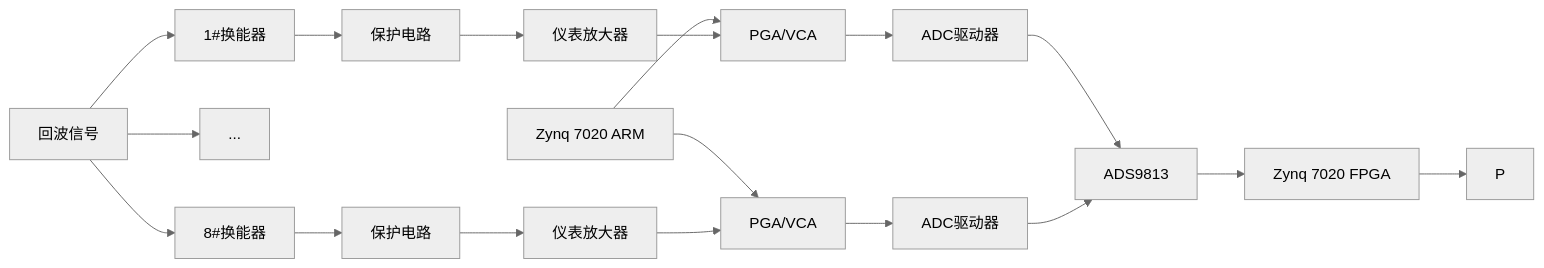
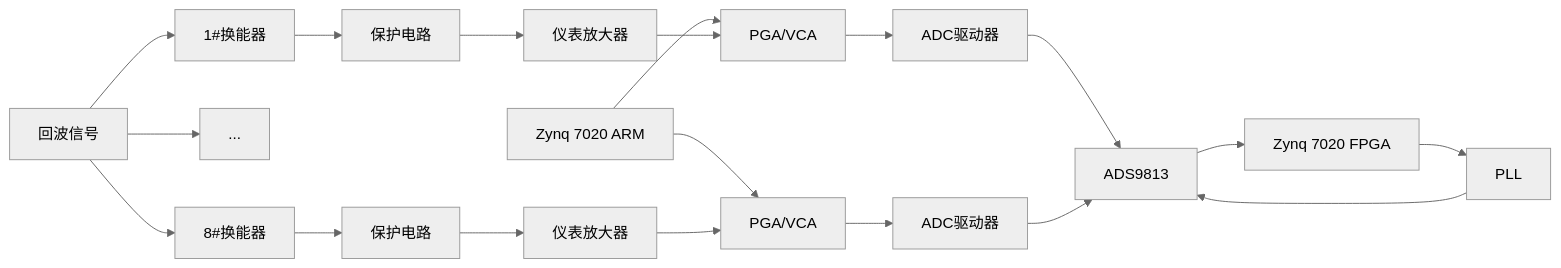
Before and after one commit to Rukawa15/iodraw-files: the diagram in all/同步采集.md, drawn with Mermaid (neutral theme).

Commit message:
2025-06-26 15:06:36 update

````diff
--- a/all/同步采集.md
+++ b/all/同步采集.md
@@ -1,27 +1,27 @@
 ```mermaid
 graph LR
 A[回波信号]
 A --> B1[1#换能器]
 A --> ...
 A --> B8[8#换能器]
 
 B1 --> C1[保护电路]
 B8 --> C8[保护电路]
 
 C1 --> D1[仪表放大器]
 C8 --> D8[仪表放大器]
 
 I[Zynq 7020 ARM] --> E1
 I[Zynq 7020 ARM] --> E8
 
 D1 --> E1[PGA/VCA]
 D8 --> E8[PGA/VCA]
 
 E1 --> F1[ADC驱动器]
 E8 --> F8[ADC驱动器]
 
 F1 --> G[ADS9813]
 F8 --> G[ADS9813]
 
-G --> H[Zynq 7020 FPGA] --> J[P]
+G --> H[Zynq 7020 FPGA] --> J[PLL] --> G
 ```
````
